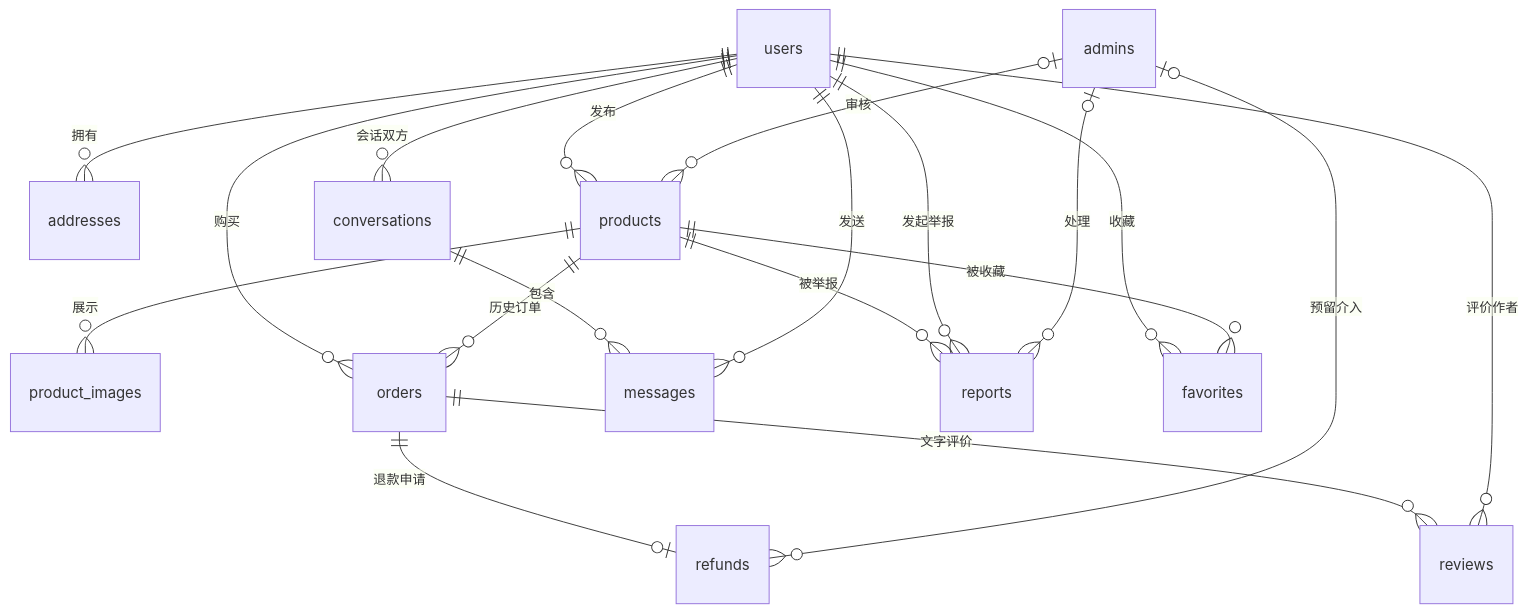
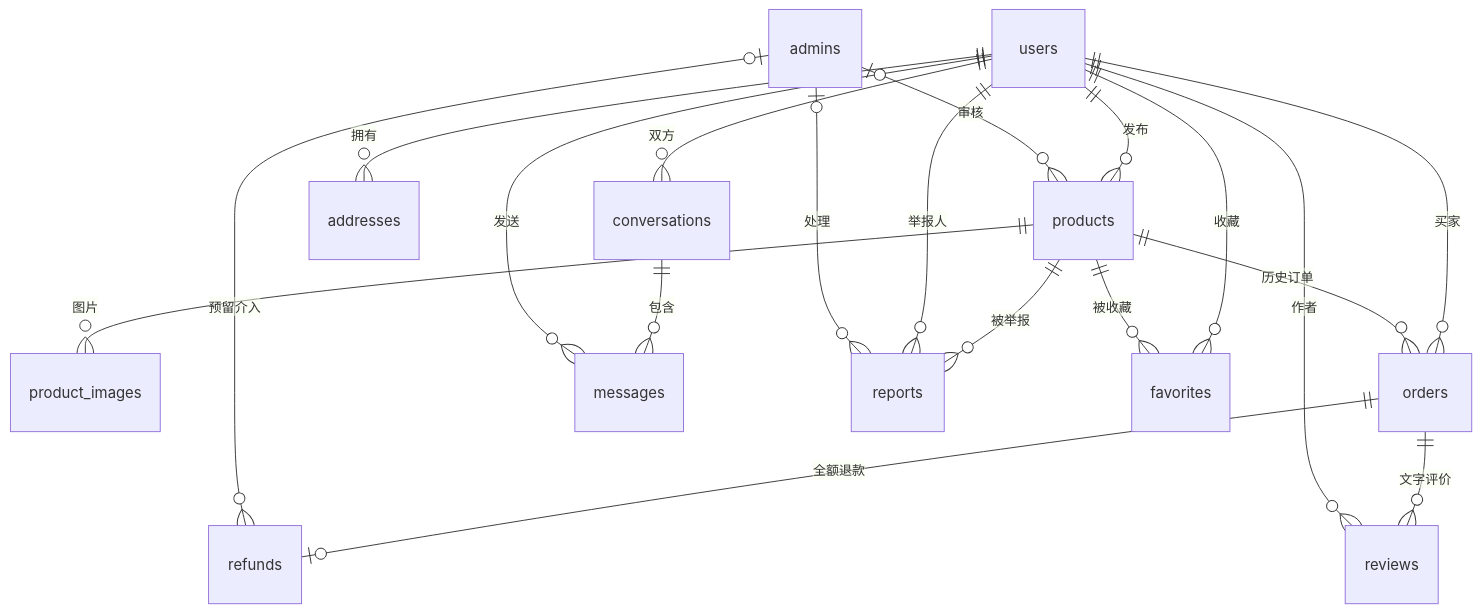
One commit to NEIL05290018/xunwu changed the diagram in docs/数据库设计.md. Above: the diagram before and after it, drawn with Mermaid. The commit also changed other lines of this file and 73 other files, not shown here.

````diff
--- a/docs/数据库设计.md
+++ b/docs/数据库设计.md
@@ -11,21 +5,21 @@
 ```mermaid
 erDiagram
-    users ||--o{ addresses : 拥有
-    users ||--o{ products : 发布
-    products ||--o{ product_images : 展示
-    users ||--o{ orders : 购买
-    products ||--o{ orders : 历史订单
-    users ||--o{ conversations : 会话双方
-    conversations ||--o{ messages : 包含
-    users ||--o{ messages : 发送
-    orders ||--o| refunds : 退款申请
-    orders ||--o{ reviews : 文字评价
-    users ||--o{ reviews : 评价作者
-    products ||--o{ reports : 被举报
-    users ||--o{ reports : 发起举报
-    users ||--o{ favorites : 收藏
-    products ||--o{ favorites : 被收藏
-    admins o|--o{ products : 审核
-    admins o|--o{ reports : 处理
-    admins o|--o{ refunds : 预留介入
+ users ||--o{ products : 发布
+ users ||--o{ addresses : 拥有
+ products ||--o{ product_images : 图片
+ users ||--o{ orders : 买家
+ products ||--o{ orders : 历史订单
+ users ||--o{ conversations : 双方
+ conversations ||--o{ messages : 包含
+ users ||--o{ messages : 发送
+ orders ||--o| refunds : 全额退款
+ orders ||--o{ reviews : 文字评价
+ users ||--o{ reviews : 作者
+ products ||--o{ reports : 被举报
+ users ||--o{ reports : 举报人
+ users ||--o{ favorites : 收藏
+ products ||--o{ favorites : 被收藏
+ admins o|--o{ products : 审核
+ admins o|--o{ reports : 处理
+ admins o|--o{ refunds : 预留介入
 ```
````
